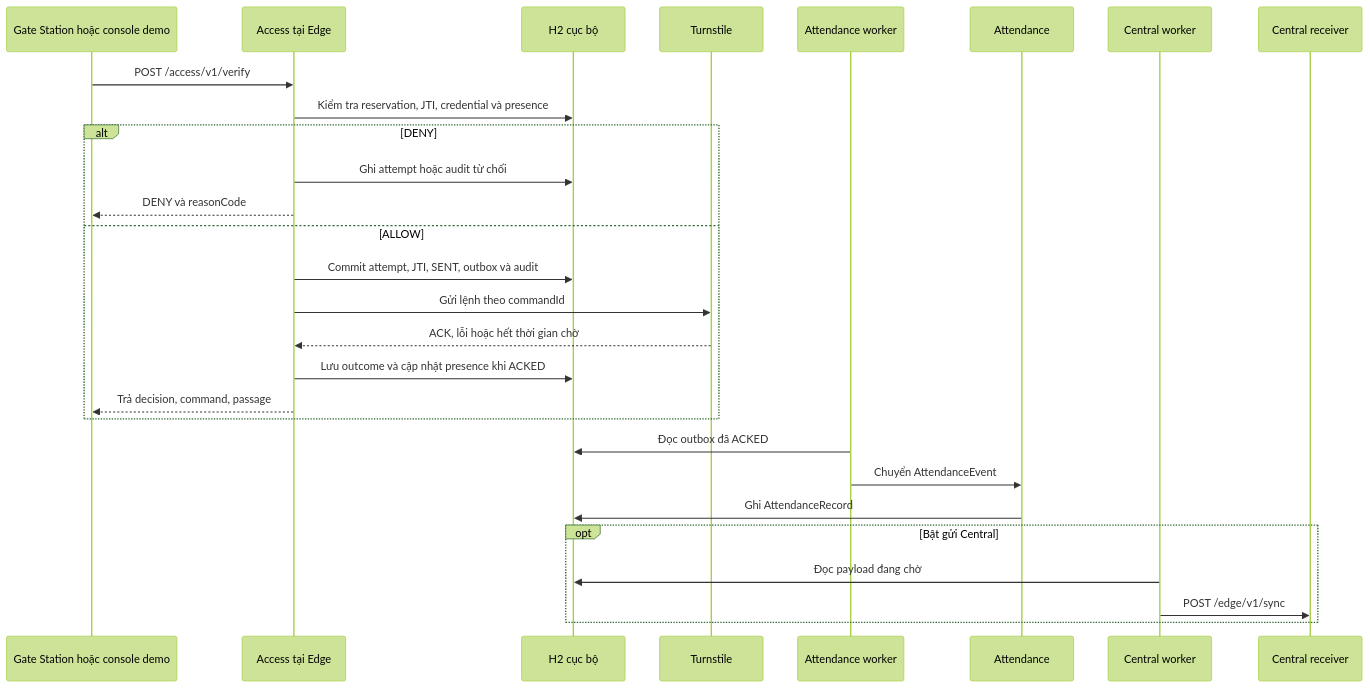
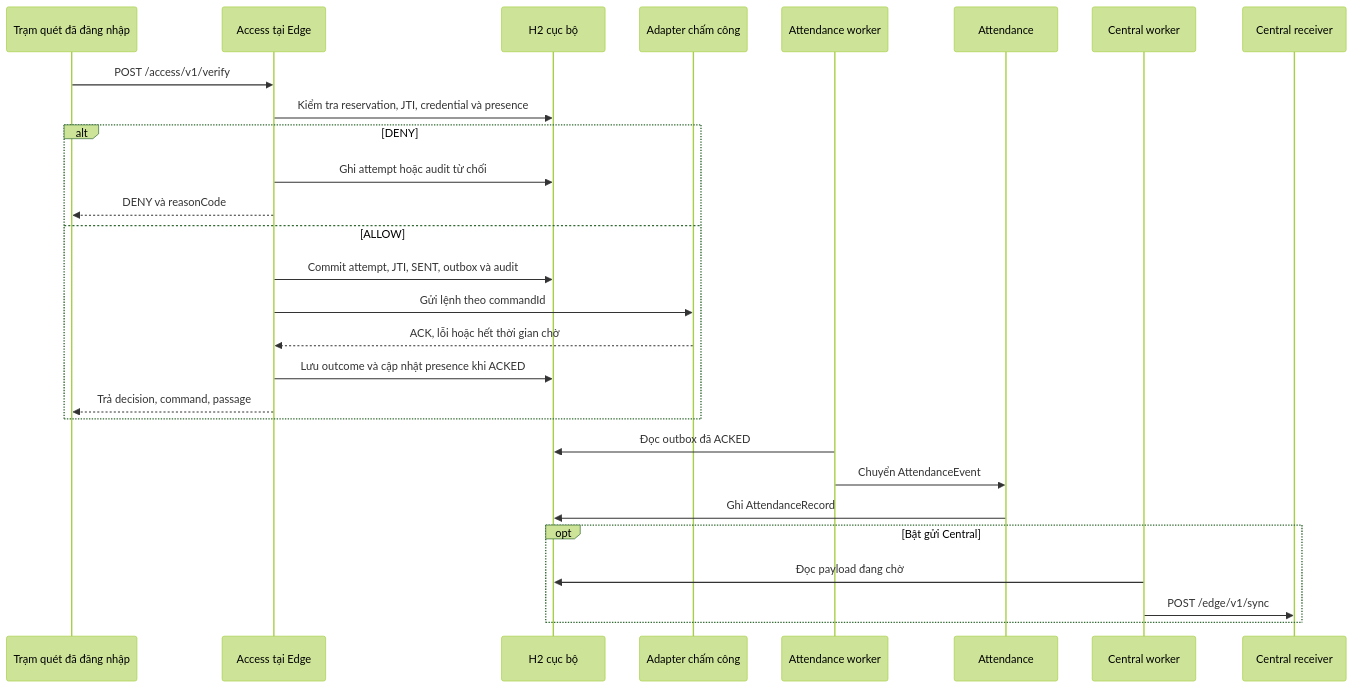
The fourth of 5 diagrams in README.md (lazy128/tmc-qr-attendance), drawn with Mermaid (forest theme) before and after one commit. The commit also changed other lines of this file and 63 other files, not shown here.

````diff
--- a/README.md
+++ b/README.md
@@ -317,31 +239,31 @@
 ```mermaid
 sequenceDiagram
-    participant S as Gate Station hoặc console demo
+    participant S as Trạm quét đã đăng nhập
     participant E as Access tại Edge
     participant D as H2 cục bộ
-    participant G as Turnstile
+    participant G as Adapter chấm công
     participant A as Attendance worker
     participant T as Attendance
     participant C as Central worker
     participant R as Central receiver
 
     S->>E: POST /access/v1/verify
     E->>D: Kiểm tra reservation, JTI, credential và presence
     alt DENY
         E->>D: Ghi attempt hoặc audit từ chối
         E-->>S: DENY và reasonCode
     else ALLOW
         E->>D: Commit attempt, JTI, SENT, outbox và audit
         E->>G: Gửi lệnh theo commandId
         G-->>E: ACK, lỗi hoặc hết thời gian chờ
         E->>D: Lưu outcome và cập nhật presence khi ACKED
         E-->>S: Trả decision, command, passage
     end
     A->>D: Đọc outbox đã ACKED
     A->>T: Chuyển AttendanceEvent
     T->>D: Ghi AttendanceRecord
     opt Bật gửi Central
         C->>D: Đọc payload đang chờ
         C->>R: POST /edge/v1/sync
     end
 ```
````
